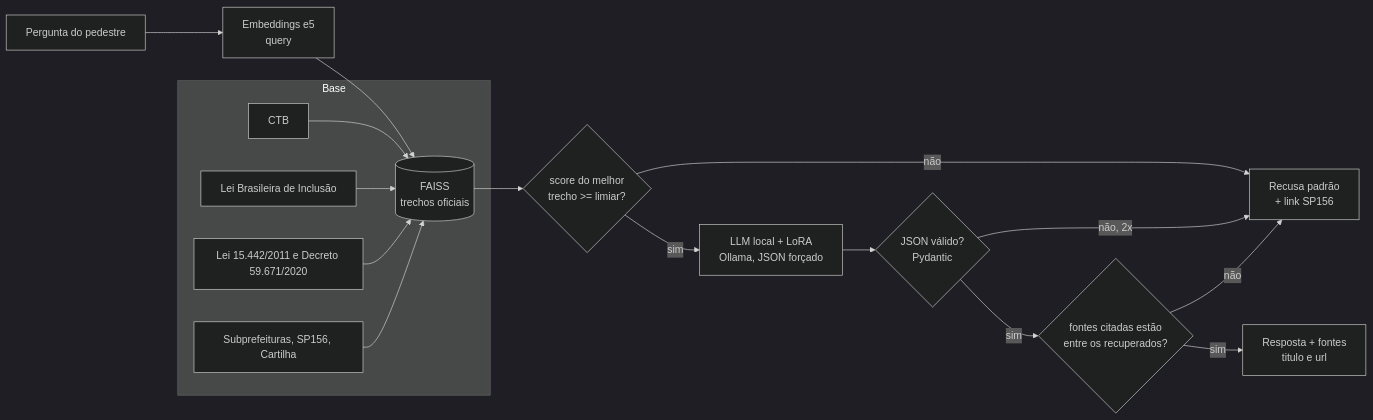
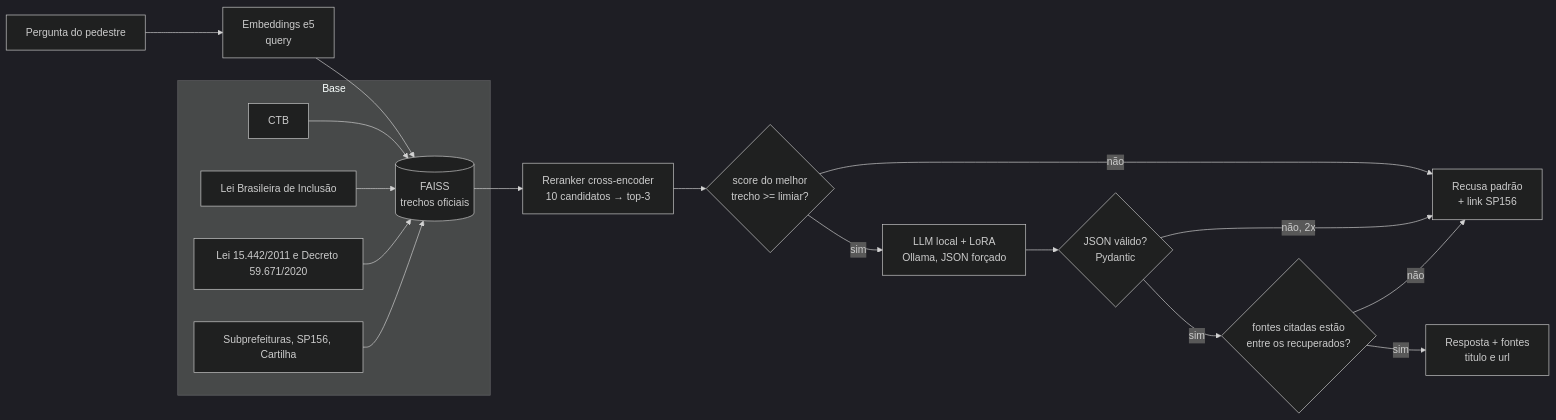
Before and after one commit to Passo-Seguro/passo-seguro-genai: the diagram in README.md, drawn with Mermaid (dark theme). The commit also changed other lines of this file and 63 other files, not shown here.

````diff
--- a/README.md
+++ b/README.md
@@ -31,19 +31,20 @@
 ```mermaid
 flowchart LR
     P[Pergunta do pedestre] --> E[Embeddings e5<br/>query]
     E --> F[(FAISS<br/>trechos oficiais)]
-    F --> T{score do melhor<br/>trecho >= limiar?}
+    F --> RR[Reranker cross-encoder<br/>10 candidatos → top-3]
+    RR --> T{score do melhor<br/>trecho >= limiar?}
     T -- não --> R1[Recusa padrão<br/>+ link SP156]
     T -- sim --> L[LLM local + LoRA<br/>Ollama, JSON forçado]
     L --> V{JSON válido?<br/>Pydantic}
     V -- não, 2x --> R1
     V -- sim --> C{fontes citadas estão<br/>entre os recuperados?}
     C -- não --> R1
     C -- sim --> S[Resposta + fontes<br/>titulo e url]
     subgraph Base
       B1[CTB] --> F
       B2[Lei Brasileira de Inclusão] --> F
       B3[Lei 15.442/2011 e Decreto 59.671/2020] --> F
       B4[Subprefeituras, SP156, Cartilha] --> F
     end
 ```
````
